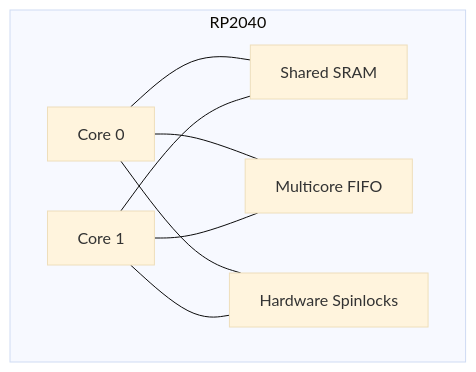
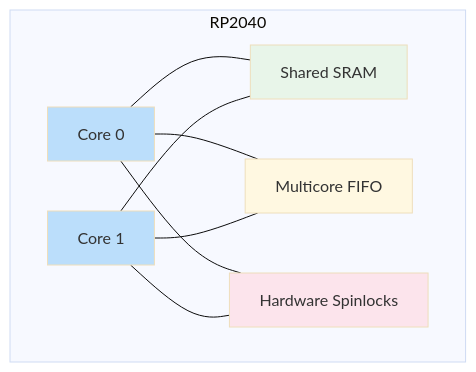
The third of 3 diagrams in docs/chapter01/README.md (Rahu7p/rp2040-freertos-smp-labs), drawn with Mermaid (base theme) before and after one commit. The commit also changed other lines of this file, not shown here.

````diff
--- a/docs/chapter01/README.md
+++ b/docs/chapter01/README.md
@@ -96,26 +134,32 @@
 ```mermaid
 flowchart TB
 
 subgraph RP2040
 
 C0["Core 0"]
 
 C1["Core 1"]
 
 RAM["Shared SRAM"]
 
 FIFO["Multicore FIFO"]
 
 LOCK["Hardware Spinlocks"]
 
 C0 --- RAM
 C1 --- RAM
 
 C0 --- FIFO
 C1 --- FIFO
 
 C0 --- LOCK
 C1 --- LOCK
 
 end
+
+style C0 fill:#BBDEFB
+style C1 fill:#BBDEFB
+style RAM fill:#E8F5E9
+style FIFO fill:#FFF8E1
+style LOCK fill:#FCE4EC
 ```
````
